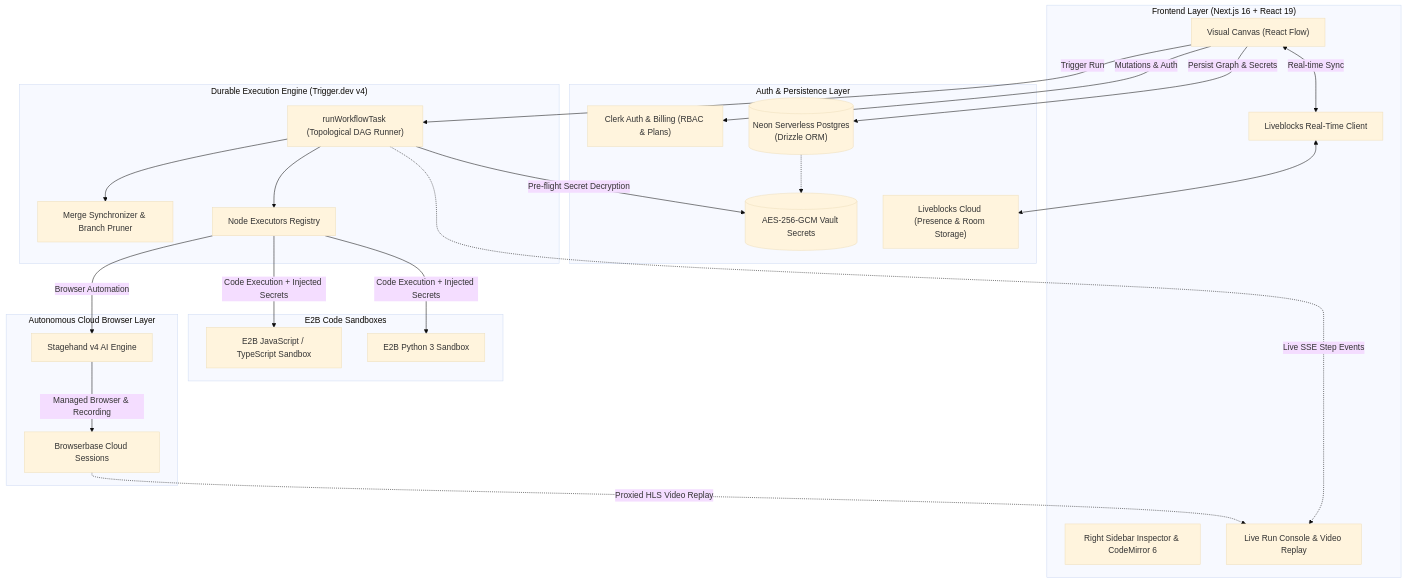
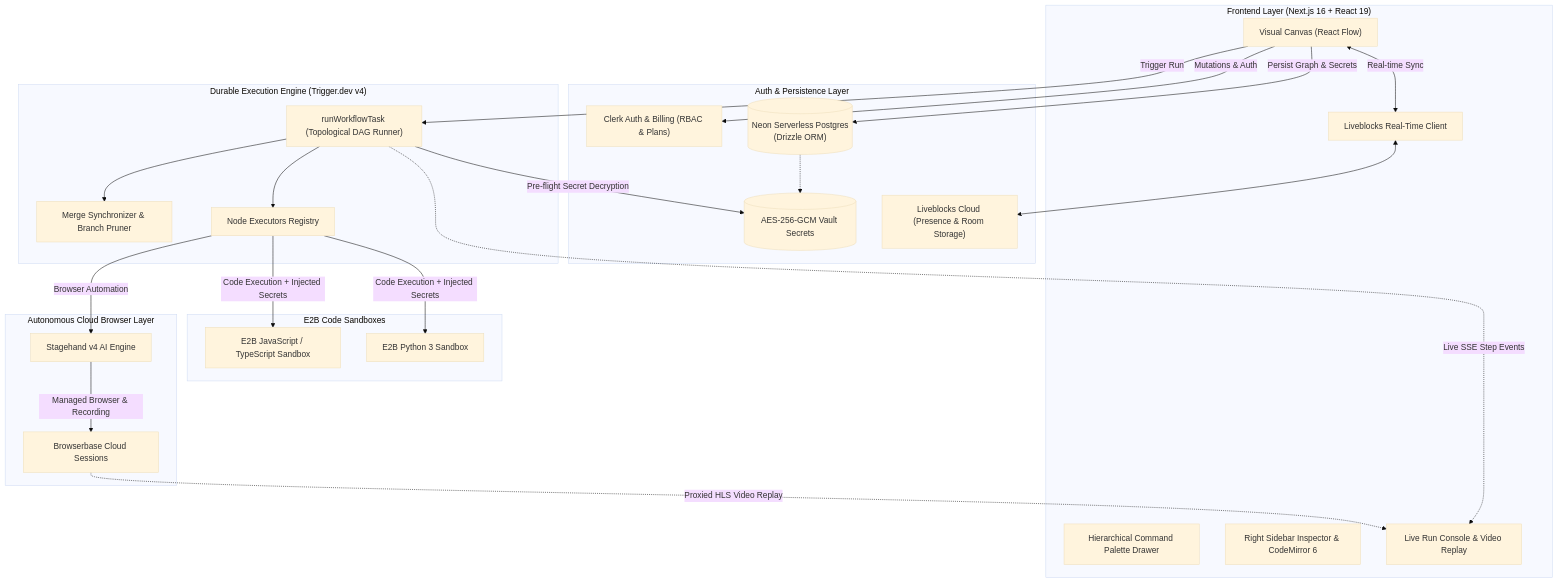
Before and after one commit to karan74jaiswal/Browser-AI-Agent: the fourth of 4 diagrams in README.md, drawn with Mermaid (base theme). The commit also changed other lines of this file, not shown here.

First line of the commit message:
docs: update README with 20-node ecosystem, 3-suite architecture, and command palette

````diff
--- a/README.md
+++ b/README.md
@@ -196,49 +224,50 @@
 ```mermaid
 flowchart TD
     subgraph Client["Frontend Layer (Next.js 16 + React 19)"]
         UI["Visual Canvas (React Flow)"]
+        Palette["Hierarchical Command Palette Drawer"]
         Inspector["Right Sidebar Inspector & CodeMirror 6"]
         LB_Client["Liveblocks Real-Time Client"]
         Console["Live Run Console & Video Replay"]
     end
 
     subgraph Auth_Data["Auth & Persistence Layer"]
         Clerk["Clerk Auth & Billing (RBAC & Plans)"]
         Postgres[("Neon Serverless Postgres\n(Drizzle ORM)")]
         Vault[("AES-256-GCM Vault Secrets")]
         LB_Cloud["Liveblocks Cloud (Presence & Room Storage)"]
     end
 
     subgraph Execution["Durable Execution Engine (Trigger.dev v4)"]
         Runner["runWorkflowTask (Topological DAG Runner)"]
         MergeSync["Merge Synchronizer & Branch Pruner"]
         Executors["Node Executors Registry"]
     end
 
     subgraph Cloud_Sandboxes["E2B Code Sandboxes"]
         E2B_JS["E2B JavaScript / TypeScript Sandbox"]
         E2B_PY["E2B Python 3 Sandbox"]
     end
 
     subgraph Browser_Infra["Autonomous Cloud Browser Layer"]
         BB["Browserbase Cloud Sessions"]
         Stagehand["Stagehand v4 AI Engine"]
     end
 
     UI <-->|Real-time Sync| LB_Client
     LB_Client <--> LB_Cloud
     UI -->|Mutations & Auth| Clerk
     UI -->|Persist Graph & Secrets| Postgres
     Postgres -.-> Vault
 
     UI -->|Trigger Run| Runner
     Runner -->|Pre-flight Secret Decryption| Vault
     Runner --> MergeSync
     Runner --> Executors
     Executors -->|Code Execution + Injected Secrets| E2B_JS
     Executors -->|Code Execution + Injected Secrets| E2B_PY
     Executors -->|Browser Automation| Stagehand
     Stagehand -->|Managed Browser & Recording| BB
     Runner -.->|Live SSE Step Events| Console
     BB -.->|Proxied HLS Video Replay| Console
 ```
````
